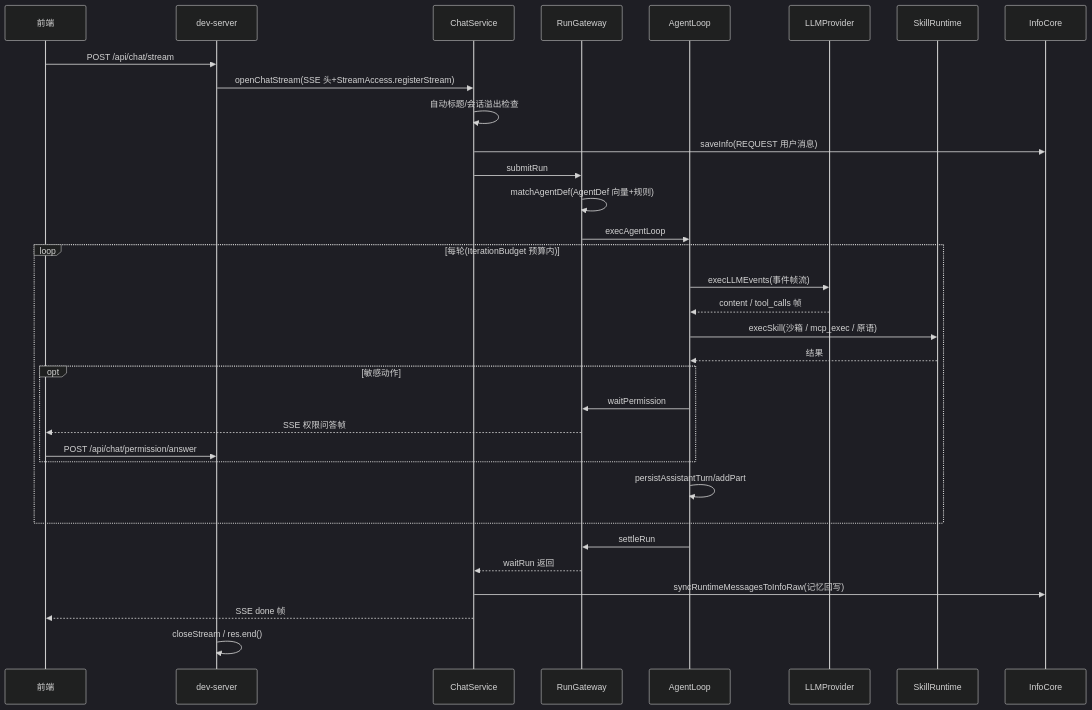
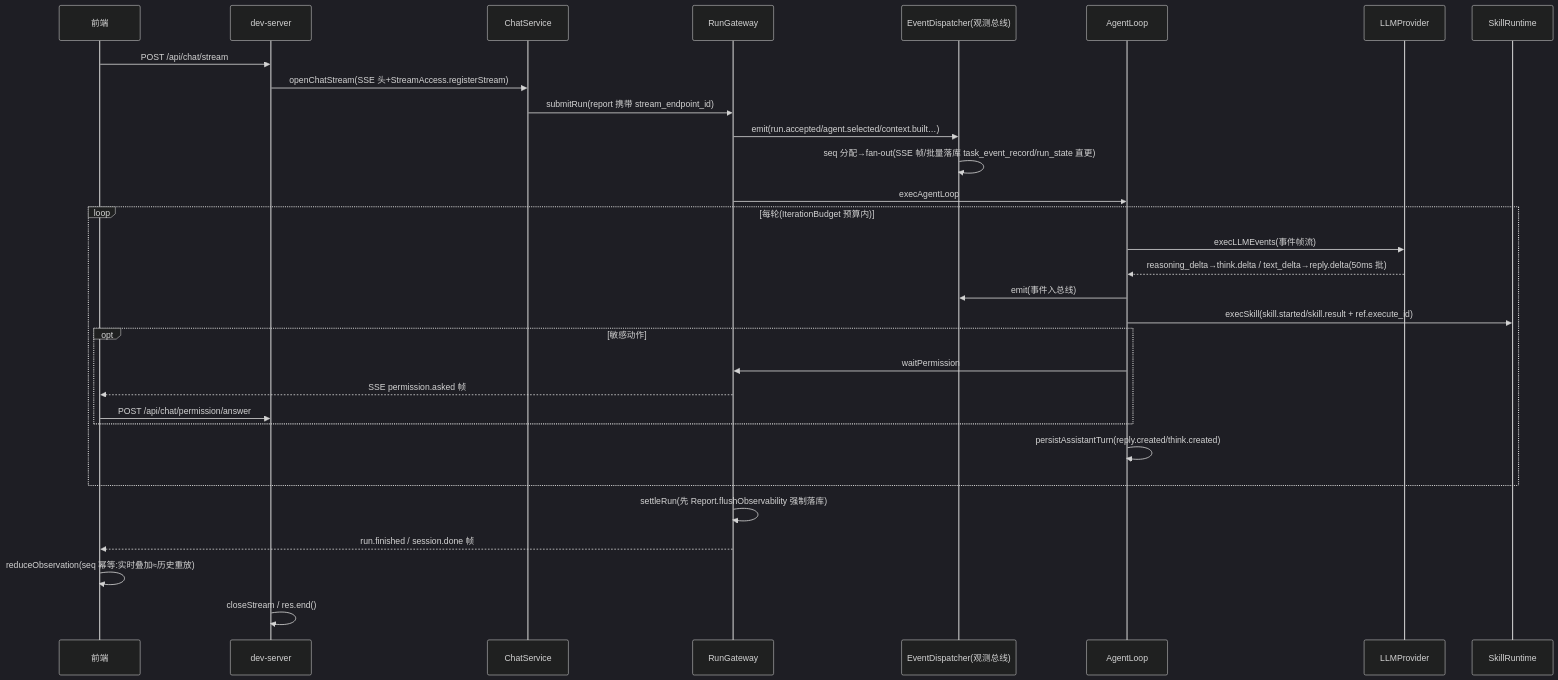
One commit to zhaoxuan-inside/brian-agent changed the first of 6 diagrams in _04_framework_design/02_data_flow.md. Above: the diagram before and after it, drawn with Mermaid (dark theme). The commit also changed other lines of this file and 386 other files, not shown here.

````diff
--- a/_04_framework_design/02_data_flow.md
+++ b/_04_framework_design/02_data_flow.md
@@ -7,35 +7,33 @@
 ```mermaid
 sequenceDiagram
     participant FE as 前端
     participant DS as dev-server
     participant CH as ChatService
     participant RG as RunGateway
+    participant OB as EventDispatcher(观测总线)
     participant LP as AgentLoop
     participant LL as LLMProvider
     participant SR as SkillRuntime
-    participant IC as InfoCore
     FE->>DS: POST /api/chat/stream
     DS->>CH: openChatStream(SSE 头+StreamAccess.registerStream)
-    CH->>CH: 自动标题/会话溢出检查
-    CH->>IC: saveInfo(REQUEST 用户消息)
-    CH->>RG: submitRun
-    RG->>RG: matchAgentDef(AgentDef 向量+规则)
+    CH->>RG: submitRun(report 携带 stream_endpoint_id)
+    RG->>OB: emit(run.accepted/agent.selected/context.built…)
+    OB->>OB: seq 分配→fan-out(SSE 帧/批量落库 task_event_record/run_state 直更)
     RG->>LP: execAgentLoop
     loop 每轮(IterationBudget 预算内)
         LP->>LL: execLLMEvents(事件帧流)
-        LL-->>LP: content / tool_calls 帧
-        LP->>SR: execSkill(沙箱 / mcp_exec / 原语)
-        SR-->>LP: 结果
+        LL-->>LP: reasoning_delta→think.delta / text_delta→reply.delta(50ms 批)
+        LP->>OB: emit(事件入总线)
+        LP->>SR: execSkill(skill.started/skill.result + ref.execute_id)
         opt 敏感动作
             LP->>RG: waitPermission
-            RG-->>FE: SSE 权限问答帧
+            RG-->>FE: SSE permission.asked 帧
             FE->>DS: POST /api/chat/permission/answer
         end
-        LP->>LP: persistAssistantTurn/addPart
+        LP->>LP: persistAssistantTurn(reply.created/think.created)
     end
-    LP->>RG: settleRun
-    RG-->>CH: waitRun 返回
-    CH->>IC: syncRuntimeMessagesToInfoRaw(记忆回写)
-    CH-->>FE: SSE done 帧
+    RG->>RG: settleRun(先 Report.flushObservability 强制落库)
+    RG-->>FE: run.finished / session.done 帧
+    FE->>FE: reduceObservation(seq 幂等:实时叠加≈历史重放)
     DS->>DS: closeStream / res.end()
 ```
````
